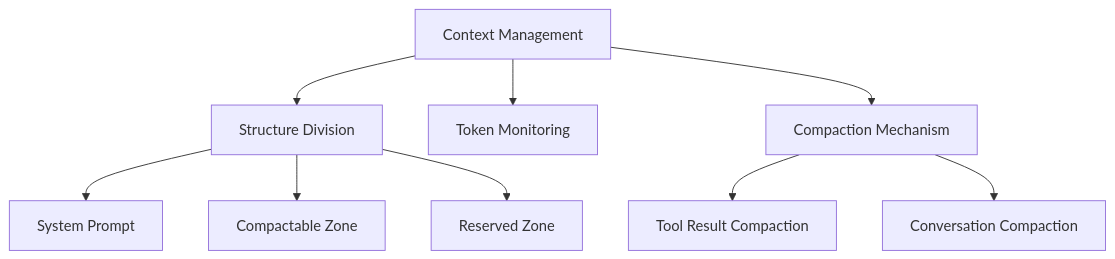
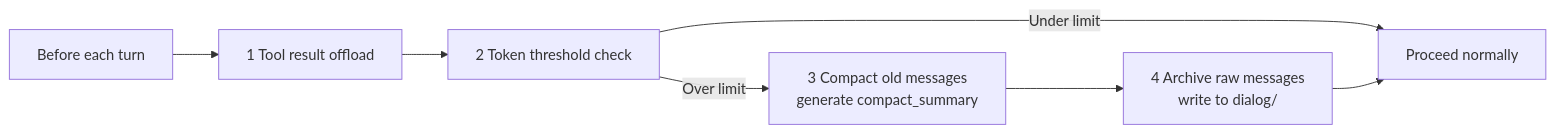
Before and after one commit to cofly-io/xClaw: the first of 9 diagrams in docs/context.en.md, drawn with Mermaid. The commit also changed other lines of this file and 226 other files, not shown here.

````diff
--- a/docs/context.en.md
+++ b/docs/context.en.md
@@ -9,13 +22,9 @@
 ```mermaid
-graph TB
-    A[Context Management] --> B[Structure Division]
-    A --> C[Token Monitoring]
-    A --> D[Compaction Mechanism]
-
-    B --> B1[System Prompt]
-    B --> B2[Compactable Zone]
-    B --> B3[Reserved Zone]
-
-    D --> D1[Tool Result Compaction]
-    D --> D2[Conversation Compaction]
+flowchart LR
+    A[Before each turn] --> B[1 Tool result offload]
+    B --> C[2 Token threshold check]
+    C -->|Under limit| D[Proceed normally]
+    C -->|Over limit| E[3 Compact old messages\ngenerate compact_summary]
+    E --> F[4 Archive raw messages\nwrite to dialog/]
+    F --> D
 ```
````
